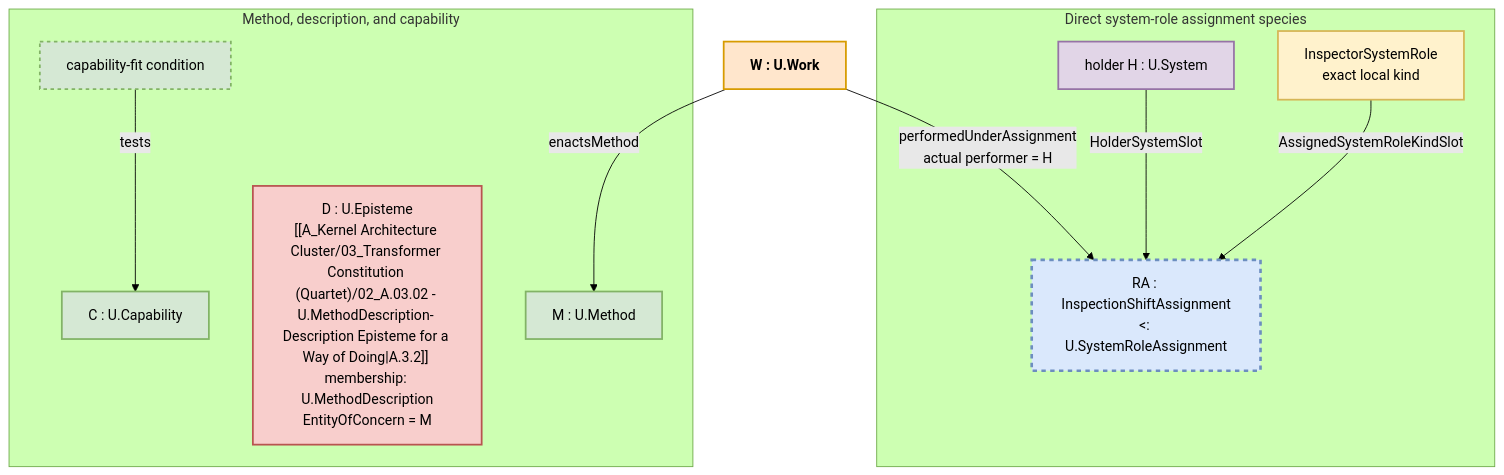
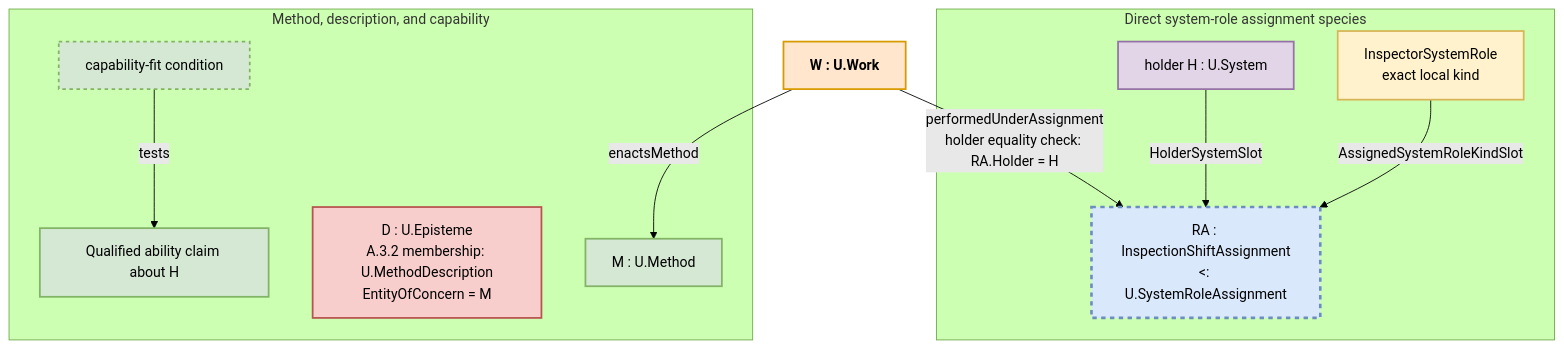
One commit to anatoly-m-maslennikov/levenchuk-fpf-knowledge-graph-toolkit changed the diagram in FPF-Knowledge-Graph/A_Kernel Architecture Cluster/15_System-Role-Method-Work Alignment/00_A.15 - System-Role-Method-Work Alignment.md. Above: the diagram before and after it, drawn with Mermaid (forest theme). The commit also changed other lines of this file and 918 other files, not shown here.

````diff
--- a/FPF-Knowledge-Graph/A_Kernel Architecture Cluster/15_System-Role-Method-Work Alignment/00_A.15 - System-Role-Method-Work Alignment.md
+++ b/FPF-Knowledge-Graph/A_Kernel Architecture Cluster/15_System-Role-Method-Work Alignment/00_A.15 - System-Role-Method-Work Alignment.md
@@ -151,25 +153,25 @@
 ```mermaid
 graph TD
     subgraph "Direct system-role assignment species"
         H["holder H : U.System"] -- "HolderSystemSlot" --> RA["RA : InspectionShiftAssignment<br/><: U.SystemRoleAssignment"]
         K["InspectorSystemRole<br/>exact local kind"] -- "AssignedSystemRoleKindSlot" --> RA
     end
 
     subgraph "Method, description, and capability"
         M["M : U.Method"]
-        D["D : U.Episteme<br/>[[A_Kernel Architecture Cluster/03_Transformer Constitution (Quartet)/02_A.03.02 - U.MethodDescription- Description Episteme for a Way of Doing|A.3.2]] membership: U.MethodDescription<br/>EntityOfConcern = M"]
-        Cap["C : U.Capability"]
+        D["D : U.Episteme<br/>A.3.2 membership: U.MethodDescription<br/>EntityOfConcern = M"]
+        Cap["Qualified ability claim about H"]
         Fit["capability-fit condition"] -- "tests" --> Cap
     end
 
-    W["W : U.Work"] -- "performedUnderAssignment<br/>actual performer = H" --> RA
+    W["W : U.Work"] -- "performedUnderAssignment<br/>holder equality check: RA.Holder = H" --> RA
     W -- "enactsMethod" --> M
     style K fill:#fff2cc,stroke:#d6b656,stroke-width:2px
     style Cap fill:#d5e8d4,stroke:#82b366,stroke-width:2px
     style Fit fill:#d5e8d4,stroke:#82b366,stroke-width:2px,stroke-dasharray: 4 4
     style M fill:#d5e8d4,stroke:#82b366,stroke-width:2px
     style D fill:#f8cecc,stroke:#b85450,stroke-width:2px
     style H fill:#e1d5e7,stroke:#9673a6,stroke-width:2px
     style RA fill:#dae8fc,stroke:#6c8ebf,stroke-width:3px,stroke-dasharray: 5 5
     style W fill:#ffe6cc,stroke:#d79b00,stroke-width:2px,font-weight:bold
 ```
````
